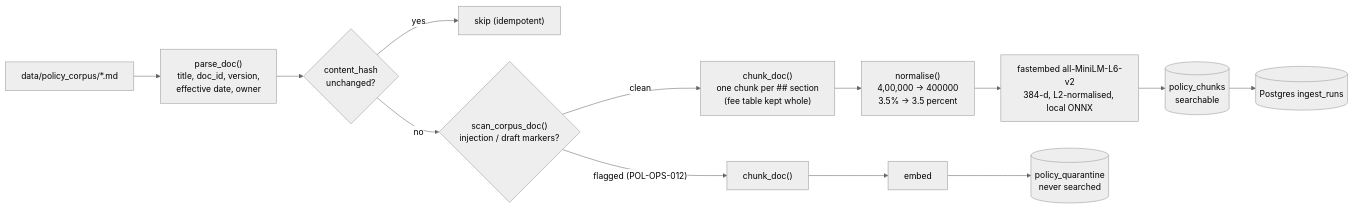
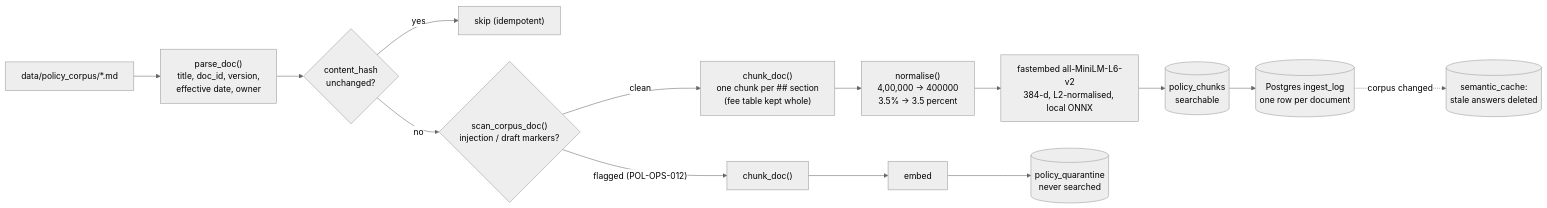
The fourth of 7 diagrams in docs/ARCHITECTURE.md (annu8932091318/Grounded-Card-RAG), drawn with Mermaid (neutral theme) before and after one commit. The commit also changed other lines of this file and 44 other files, not shown here.

````diff
--- a/docs/ARCHITECTURE.md
+++ b/docs/ARCHITECTURE.md
@@ -96,14 +103,15 @@
 ```mermaid
 flowchart LR
     md["data/policy_corpus/*.md"] --> parse["parse_doc()<br/>title, doc_id, version,<br/>effective date, owner"]
     parse --> hash{"content_hash<br/>unchanged?"}
     hash -->|yes| skip["skip (idempotent)"]
     hash -->|no| scan{"scan_corpus_doc()<br/>injection / draft markers?"}
     scan -->|"clean"| chunk["chunk_doc()<br/>one chunk per ## section<br/>(fee table kept whole)"]
     scan -->|"flagged (POL-OPS-012)"| chunkq["chunk_doc()"]
     chunk --> norm["normalise()<br/>4,00,000 → 400000<br/>3.5% → 3.5 percent"] --> emb["fastembed all-MiniLM-L6-v2<br/>384-d, L2-normalised, local ONNX"]
     chunkq --> embq["embed"]
     emb --> col[("policy_chunks<br/>searchable")]
     embq --> q[("policy_quarantine<br/>never searched")]
-    col --> runs[("Postgres ingest_runs")]
+    col --> runs[("Postgres ingest_log<br/>one row per document")]
+    runs -.->|corpus changed| sc[("semantic_cache:<br/>stale answers deleted")]
 ```
````
